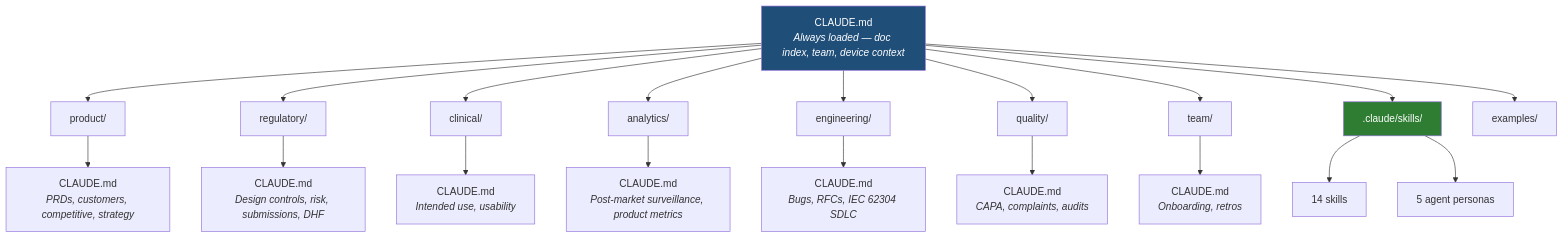
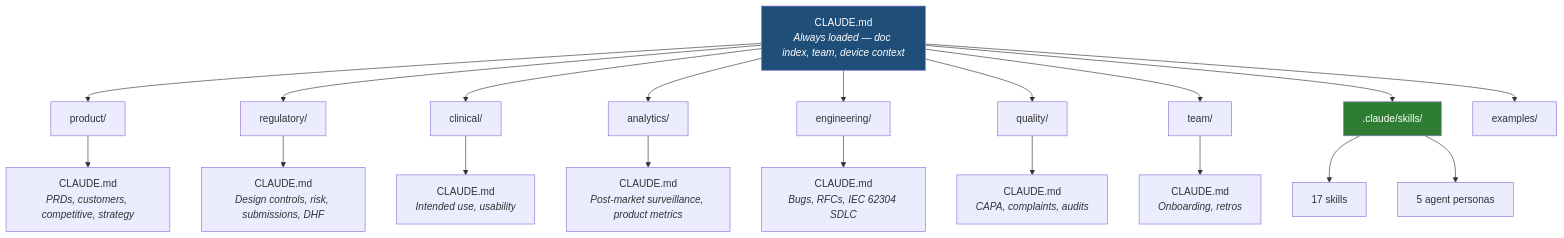
Before and after one commit to mc-barnes/samd-os: the diagram in README.md, drawn with Mermaid. The commit also changed other lines of this file, not shown here.

````diff
--- a/README.md
+++ b/README.md
@@ -88,28 +104,28 @@
 ```mermaid
 graph TD
     ROOT["CLAUDE.md<br/><i>Always loaded — doc index, team, device context</i>"]
 
     ROOT --> PROD["product/"]
     ROOT --> REG["regulatory/"]
     ROOT --> CLIN["clinical/"]
     ROOT --> ANA["analytics/"]
     ROOT --> ENG["engineering/"]
     ROOT --> QUAL["quality/"]
     ROOT --> TEAM["team/"]
     ROOT --> SKILLS[".claude/skills/"]
     ROOT --> EX["examples/"]
 
     PROD --> P_NAV["CLAUDE.md<br/><i>PRDs, customers, competitive, strategy</i>"]
     REG --> R_NAV["CLAUDE.md<br/><i>Design controls, risk, submissions, DHF</i>"]
     CLIN --> C_NAV["CLAUDE.md<br/><i>Intended use, usability</i>"]
     ANA --> A_NAV["CLAUDE.md<br/><i>Post-market surveillance, product metrics</i>"]
     ENG --> E_NAV["CLAUDE.md<br/><i>Bugs, RFCs, IEC 62304 SDLC</i>"]
     QUAL --> Q_NAV["CLAUDE.md<br/><i>CAPA, complaints, audits</i>"]
     TEAM --> T_NAV["CLAUDE.md<br/><i>Onboarding, retros</i>"]
 
-    SKILLS --> S1["14 skills"]
+    SKILLS --> S1["17 skills"]
     SKILLS --> S2["5 agent personas"]
 
     style ROOT fill:#1F4E79,color:#fff
     style SKILLS fill:#2E7D32,color:#fff
 ```
````
